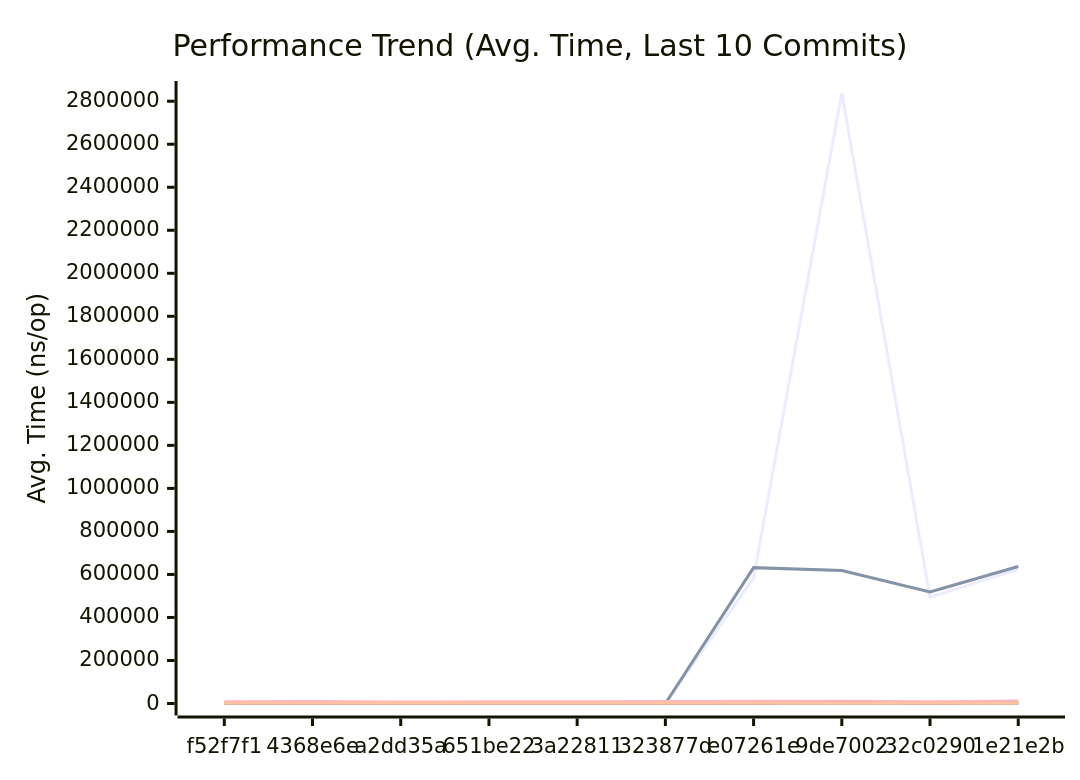
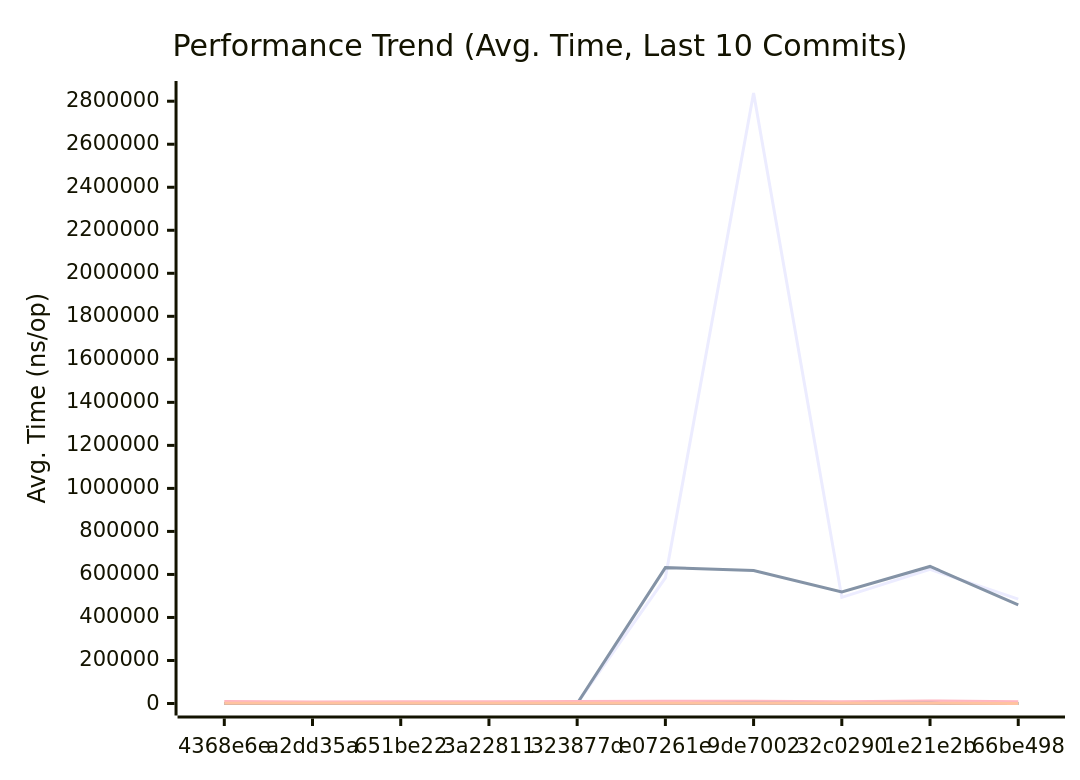
Before and after one commit to alsotoes/momo: the first of 3 diagrams in docs/PERFORMANCE.md, drawn with Mermaid. The commit also changed other lines of this file and 8 other files, not shown here.

````diff
--- a/docs/PERFORMANCE.md
+++ b/docs/PERFORMANCE.md
@@ -145,20 +145,20 @@
 ```mermaid
 xychart-beta
     title "Performance Trend (Avg. Time, Last 10 Commits)"
     x-axis "Commit"
     y-axis "Avg. Time (ns/op)"
-    x-axis [f52f7f1,4368e6e,a2dd35a,651be22,3a22811,323877d,e07261e,9de7002,32c0290,1e21e2b]
-    line "AWSChunkedReaderSigned" [0,0,0,0,0,0,584226,2838201,493329,623314]
-    line "AWSChunkedReaderUnsigned" [0,0,0,0,0,0,631654,617880,518620,637133]
-    line "CheckMetricsAndSwap" [10,9,10,9,10,10,9,16,10,13]
-    line "CrushOptimized" [388,436,307,344,355,415,439,381,353,419]
-    line "CrushOriginal" [594,516,557,494,491,570,664,686,549,628]
-    line "IndexDirectTracking" [0,0,0,0,0,0,0,1,0,1]
-    line "IndexSearch" [2,2,2,2,2,2,2,3,2,3]
-    line "LoadGlobalConfig" [8182,9158,7310,7930,8102,9075,10900,10925,8352,11680]
-    line "PadString" [54,52,40,46,49,53,64,66,53,64]
+    x-axis [4368e6e,a2dd35a,651be22,3a22811,323877d,e07261e,9de7002,32c0290,1e21e2b,66be498]
+    line "AWSChunkedReaderSigned" [0,0,0,0,0,584226,2838201,493329,623314,485586]
+    line "AWSChunkedReaderUnsigned" [0,0,0,0,0,631654,617880,518620,637133,458443]
+    line "CheckMetricsAndSwap" [9,10,9,10,10,9,16,10,13,9]
+    line "CrushOptimized" [436,307,344,355,415,439,381,353,419,355]
+    line "CrushOriginal" [516,557,494,491,570,664,686,549,628,459]
+    line "IndexDirectTracking" [0,0,0,0,0,0,1,0,1,0]
+    line "IndexSearch" [2,2,2,2,2,2,3,2,3,3]
+    line "LoadGlobalConfig" [9158,7310,7930,8102,9075,10900,10925,8352,11680,7877]
+    line "PadString" [52,40,46,49,53,64,66,53,64,43]
     line "ParseReplicationOrder_NoPrealloc" [350,349,357,354,345,225,229,165,232,234]
     line "ParseReplicationOrder_Prealloc" [229,231,237,234,229,108,107,80,110,109]
-    line "SanitizeLog/Safe" [464,500,456,475,487,537,496,673,440,585]
-    line "SanitizeLog/Unsafe" [668,782,686,592,720,762,826,1502,669,794]
+    line "SanitizeLog/Safe" [500,456,475,487,537,496,673,440,585,444]
+    line "SanitizeLog/Unsafe" [782,686,592,720,762,826,1502,669,794,568]
 ```
````
